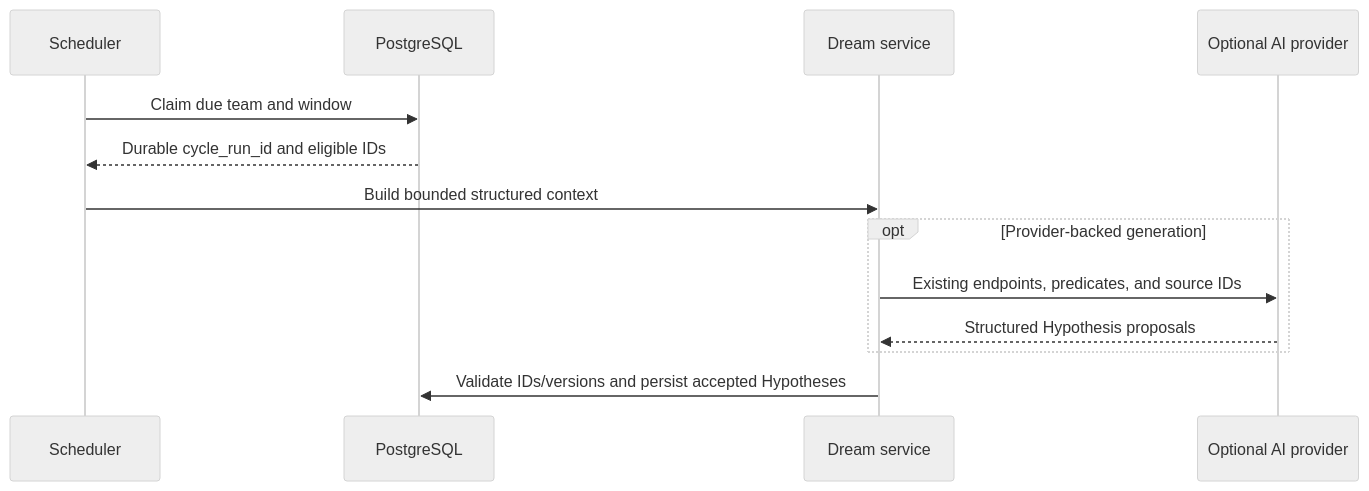
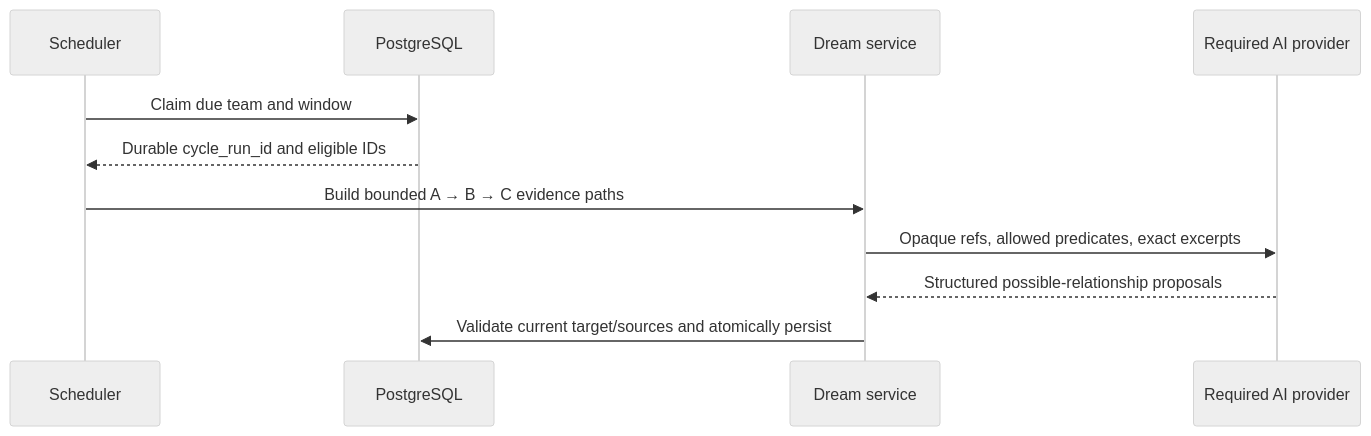
Before and after one commit to markhuangai/dense-mem: the third of 3 diagrams in Dreaming.md, drawn with Mermaid (neutral theme). The commit also changed other lines of this file and 7 other files, not shown here.

````diff
--- a/Dreaming.md
+++ b/Dreaming.md
@@ -177,17 +211,15 @@
 ```mermaid
 %%{init: {"sequence": {"rightAngles": true}}}%%
 sequenceDiagram
   participant S as Scheduler
   participant P as PostgreSQL
   participant D as Dream service
-  participant A as Optional AI provider
+  participant A as Required AI provider
 
   S->>P: Claim due team and window
   P-->>S: Durable cycle_run_id and eligible IDs
-  S->>D: Build bounded structured context
-  opt Provider-backed generation
-    D->>A: Existing endpoints, predicates, and source IDs
-    A-->>D: Structured Hypothesis proposals
-  end
-  D->>P: Validate IDs/versions and persist accepted Hypotheses
+  S->>D: Build bounded A → B → C evidence paths
+  D->>A: Opaque refs, allowed predicates, exact excerpts
+  A-->>D: Structured possible-relationship proposals
+  D->>P: Validate current target/sources and atomically persist
 ```
````
